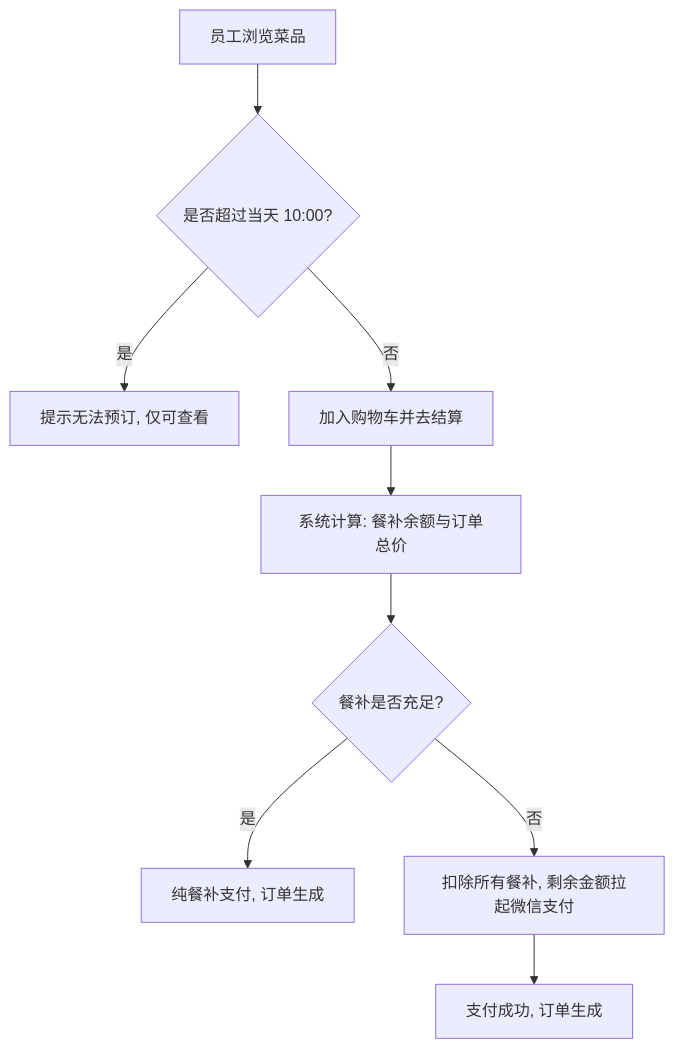
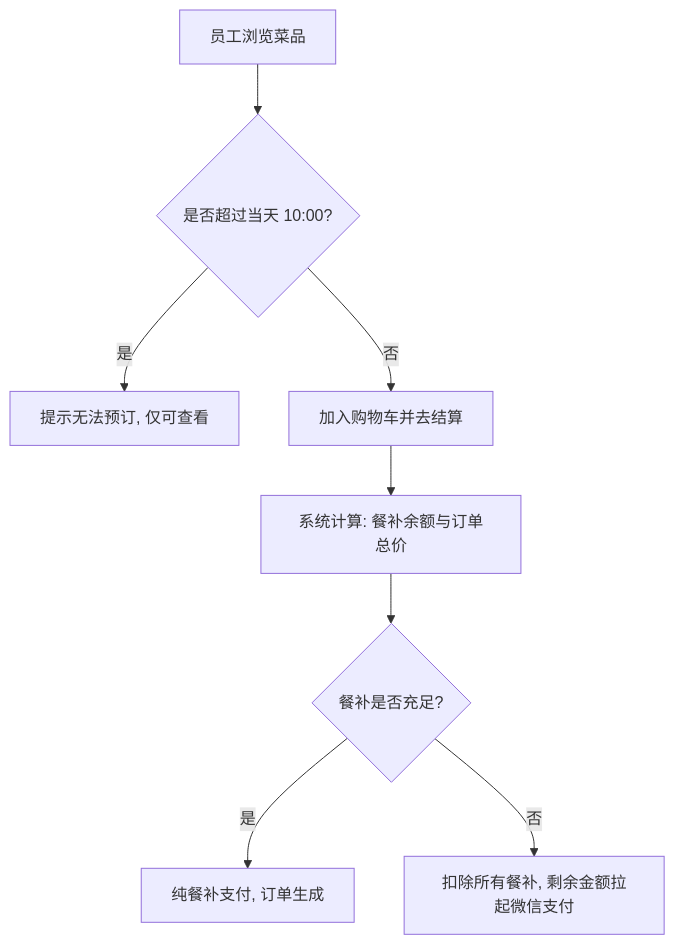
The second of 4 diagrams in skills/pm-prd/references/PRD_Example.md (ZerOne0000001/Chat-To-PRD), drawn with Mermaid before and after one commit. The commit also changed other lines of this file and 15 other files, not shown here.

````diff
--- a/skills/pm-prd/references/PRD_Example.md
+++ b/skills/pm-prd/references/PRD_Example.md
@@ -150,11 +90,10 @@
 ```mermaid
 graph TD
     A[员工浏览菜品] --> B{是否超过当天 10:00?}
     B -->|是| C[提示无法预订, 仅可查看]
     B -->|否| D[加入购物车并去结算]
     D --> E[系统计算: 餐补余额与订单总价]
     E --> F{餐补是否充足?}
     F -->|是| G[纯餐补支付, 订单生成]
     F -->|否| H[扣除所有餐补, 剩余金额拉起微信支付]
-    H --> I[支付成功, 订单生成]
 ```
````
